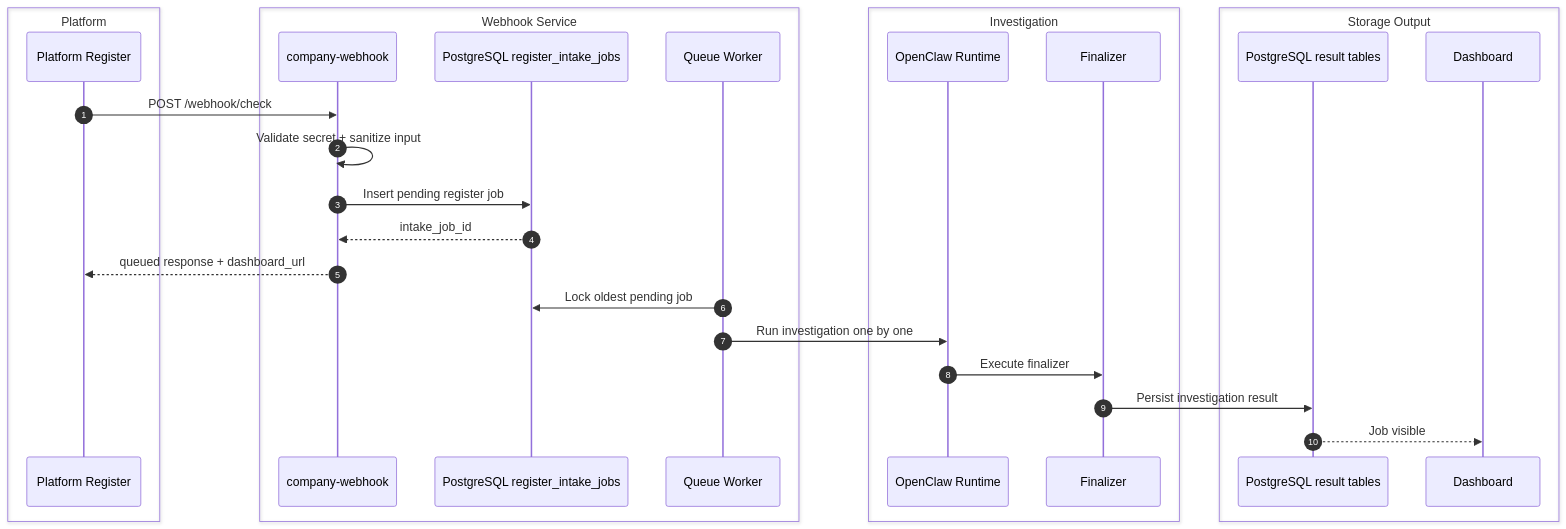
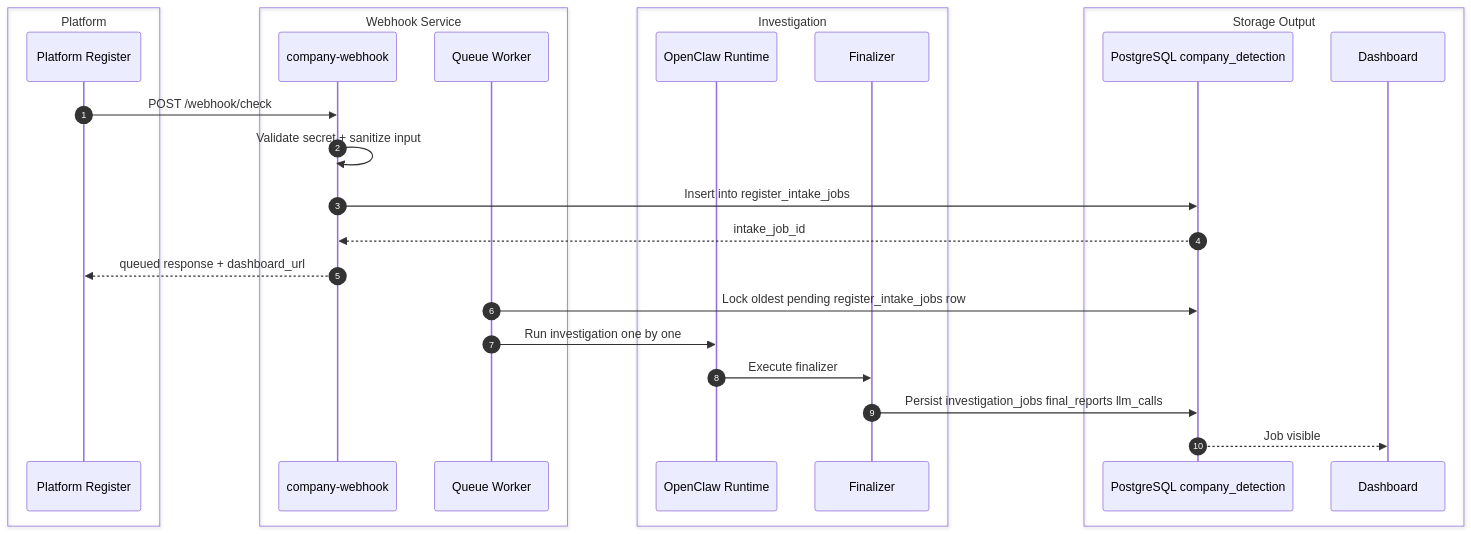
The seventh of 8 diagrams in docs/technical/FLOW_MAP.md (nunutech40/company-detector-bot), drawn with Mermaid before and after one commit. The commit also changed other lines of this file and 1 other file, not shown here.

Commit message:
show single postgres database in flow

````diff
--- a/docs/technical/FLOW_MAP.md
+++ b/docs/technical/FLOW_MAP.md
@@ -447,34 +446,33 @@
 ```mermaid
 sequenceDiagram
   autonumber
   box Platform
     participant Platform as Platform Register
   end
 
   box Webhook Service
     participant Webhook as company-webhook
-    participant IntakeDB as PostgreSQL register_intake_jobs
     participant Worker as Queue Worker
   end
 
   box Investigation
     participant OpenClaw as OpenClaw Runtime
     participant Finalizer as Finalizer
   end
 
   box Storage Output
-    participant ResultDB as PostgreSQL result tables
+    participant DB as PostgreSQL company_detection
     participant Dashboard as Dashboard
   end
 
   Platform->>Webhook: POST /webhook/check
   Webhook->>Webhook: Validate secret + sanitize input
-  Webhook->>IntakeDB: Insert pending register job
-  IntakeDB-->>Webhook: intake_job_id
+  Webhook->>DB: Insert into register_intake_jobs
+  DB-->>Webhook: intake_job_id
   Webhook-->>Platform: queued response + dashboard_url
-  Worker->>IntakeDB: Lock oldest pending job
+  Worker->>DB: Lock oldest pending register_intake_jobs row
   Worker->>OpenClaw: Run investigation one by one
   OpenClaw->>Finalizer: Execute finalizer
-  Finalizer->>ResultDB: Persist investigation result
-  ResultDB-->>Dashboard: Job visible
+  Finalizer->>DB: Persist investigation_jobs final_reports llm_calls
+  DB-->>Dashboard: Job visible
 ```
````
